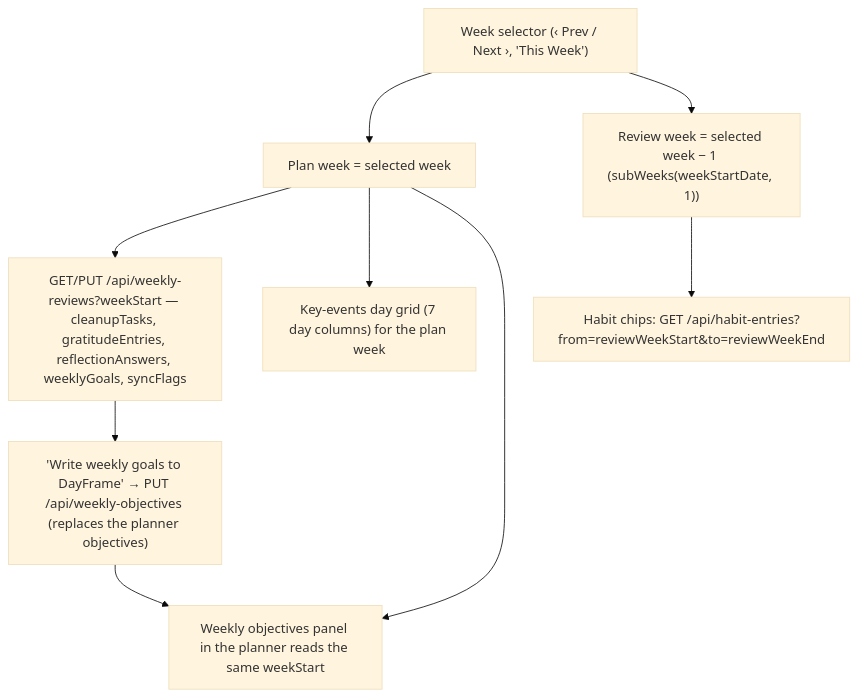
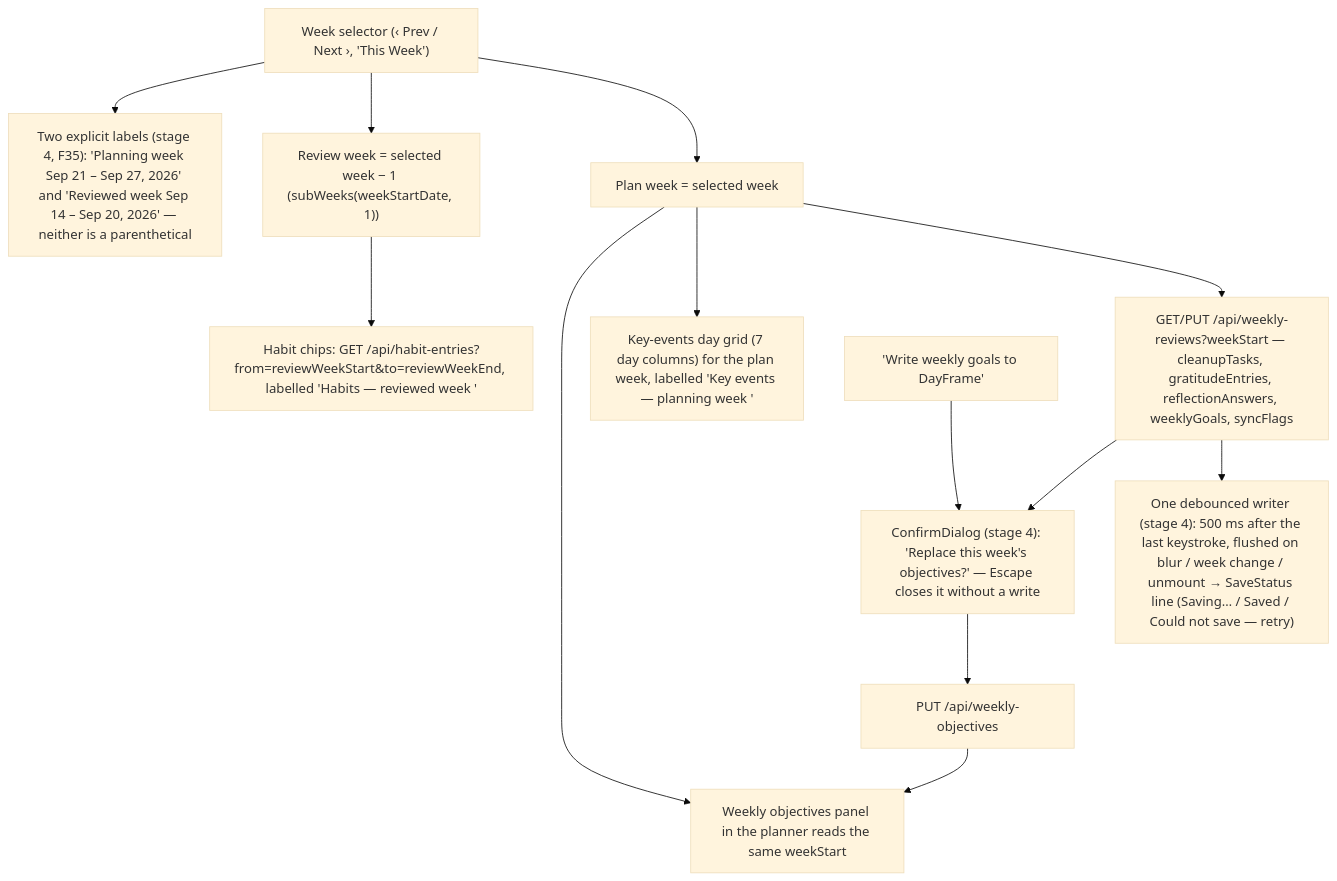
The fifth of 7 diagrams in .dev_context/ARCHITECTURE.md (lung123w/dayframe), drawn with Mermaid (base theme) before and after one commit. The commit also changed other lines of this file and 2 other files, not shown here.

First line of the commit message:
docs(dev-context): record the stage-4 dialogs, save status and both week labels (Rule B)

````diff
--- a/.dev_context/ARCHITECTURE.md
+++ b/.dev_context/ARCHITECTURE.md
@@ -164,11 +181,15 @@
 ```mermaid
 flowchart TD
     Sel["Week selector (‹ Prev / Next ›, 'This Week')"] --> Plan["Plan week = selected week"]
     Sel --> Rev["Review week = selected week − 1 (subWeeks(weekStartDate, 1))"]
+    Sel --> Lbl["Two explicit labels (stage 4, F35): 'Planning week Sep 21 – Sep 27, 2026' and 'Reviewed week Sep 14 – Sep 20, 2026' — neither is a parenthetical"]
     Plan --> Doc["GET/PUT /api/weekly-reviews?weekStart — cleanupTasks, gratitudeEntries, reflectionAnswers, weeklyGoals, syncFlags"]
-    Plan --> KE["Key-events day grid (7 day columns) for the plan week"]
+    Plan --> KE["Key-events day grid (7 day columns) for the plan week, labelled 'Key events — planning week <dates>'"]
     Plan --> Obj["Weekly objectives panel in the planner reads the same weekStart"]
-    Rev --> Hab["Habit chips: GET /api/habit-entries?from=reviewWeekStart&to=reviewWeekEnd"]
-    Doc --> Bridge["'Write weekly goals to DayFrame' → PUT /api/weekly-objectives (replaces the planner objectives)"]
-    Bridge --> Obj
+    Rev --> Hab["Habit chips: GET /api/habit-entries?from=reviewWeekStart&to=reviewWeekEnd, labelled 'Habits — reviewed week <dates>'"]
+    Doc --> Deb["One debounced writer (stage 4): 500 ms after the last keystroke, flushed on blur / week change / unmount → SaveStatus line (Saving… / Saved / Could not save — retry)"]
+    Doc --> Dlg2["ConfirmDialog (stage 4): 'Replace this week's objectives?' — Escape closes it without a write"]
+    Bridge["'Write weekly goals to DayFrame'"] --> Dlg2
+    Dlg2 --> BridgePut["PUT /api/weekly-objectives"]
+    BridgePut --> Obj
 ```
````
